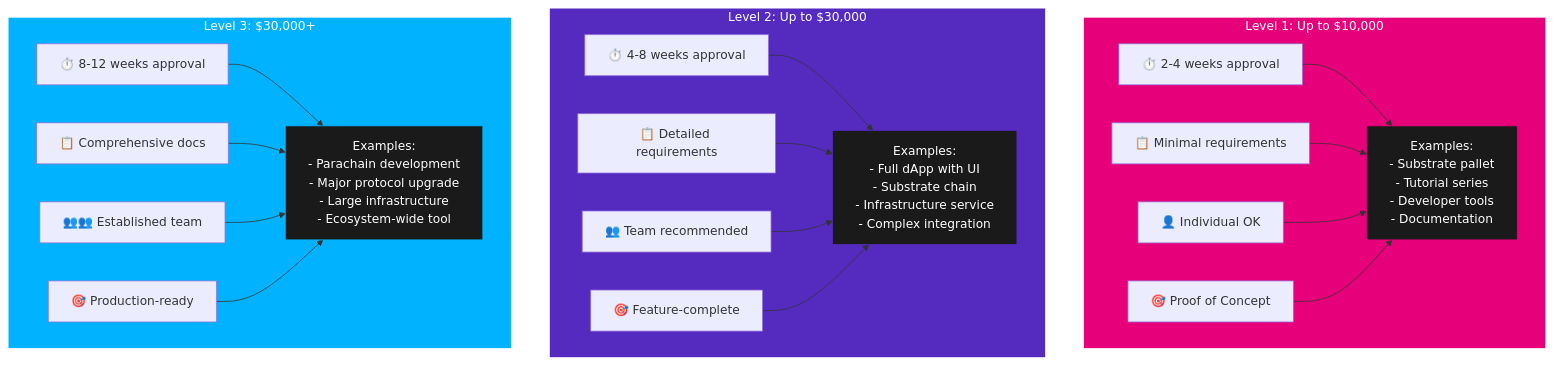
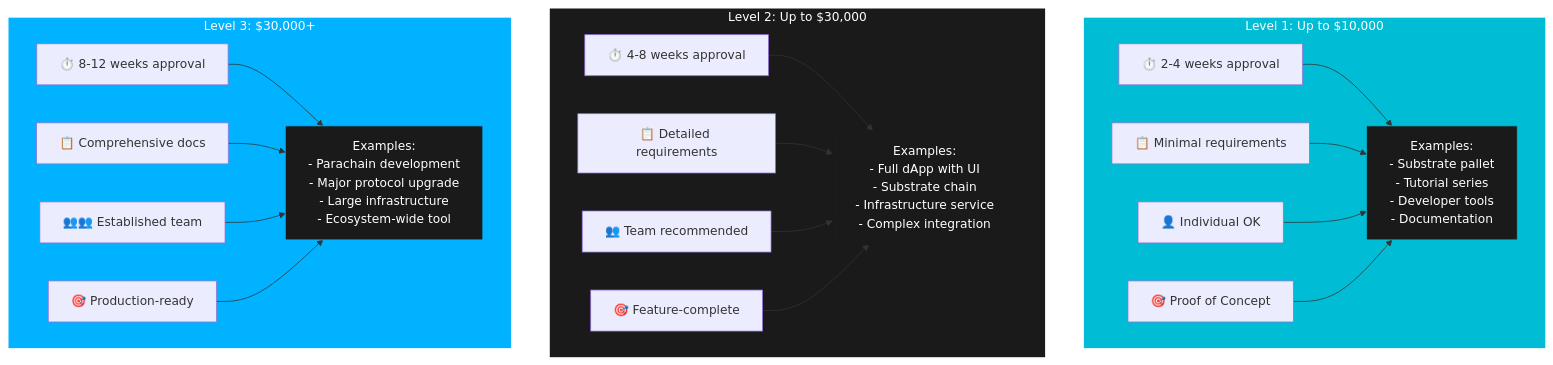
Before and after one commit to openguild-labs/polkadot-codecamp: the second of 17 diagrams in slides/polkadot-grant-ecosystem.md, drawn with Mermaid. The commit also changed other lines of this file and 6 other files, not shown here.

````diff
--- a/slides/polkadot-grant-ecosystem.md
+++ b/slides/polkadot-grant-ecosystem.md
@@ -102,51 +102,51 @@
 ```mermaid
 graph TB
     subgraph LEVEL1["Level 1: Up to $10,000"]
         L1TIME[⏱️ 2-4 weeks approval]
         L1REQ[📋 Minimal requirements]
         L1TEAM[👤 Individual OK]
         L1FOCUS[🎯 Proof of Concept]
 
         L1TIME --> L1EXAMPLES
         L1REQ --> L1EXAMPLES
         L1TEAM --> L1EXAMPLES
         L1FOCUS --> L1EXAMPLES
 
         L1EXAMPLES[Examples:<br/>- Substrate pallet<br/>- Tutorial series<br/>- Developer tools<br/>- Documentation]
     end
 
     subgraph LEVEL2["Level 2: Up to $30,000"]
         L2TIME[⏱️ 4-8 weeks approval]
         L2REQ[📋 Detailed requirements]
         L2TEAM[👥 Team recommended]
         L2FOCUS[🎯 Feature-complete]
 
         L2TIME --> L2EXAMPLES
         L2REQ --> L2EXAMPLES
         L2TEAM --> L2EXAMPLES
         L2FOCUS --> L2EXAMPLES
 
         L2EXAMPLES[Examples:<br/>- Full dApp with UI<br/>- Substrate chain<br/>- Infrastructure service<br/>- Complex integration]
     end
 
     subgraph LEVEL3["Level 3: $30,000+"]
         L3TIME[⏱️ 8-12 weeks approval]
         L3REQ[📋 Comprehensive docs]
         L3TEAM[👥👥 Established team]
         L3FOCUS[🎯 Production-ready]
 
         L3TIME --> L3EXAMPLES
         L3REQ --> L3EXAMPLES
         L3TEAM --> L3EXAMPLES
         L3FOCUS --> L3EXAMPLES
 
         L3EXAMPLES[Examples:<br/>- Parachain development<br/>- Major protocol upgrade<br/>- Large infrastructure<br/>- Ecosystem-wide tool]
     end
 
-    style LEVEL1 fill:#E6007A,stroke:#fff,color:#fff
-    style LEVEL2 fill:#552BBF,stroke:#fff,color:#fff
+    style LEVEL1 fill:#00BCD4,stroke:#fff,color:#fff
+    style LEVEL2 fill:#1a1a1a,stroke:#fff,color:#fff
     style LEVEL3 fill:#00B2FF,stroke:#fff,color:#fff
-    style L1EXAMPLES fill:#1a1a1a,stroke:#E6007A,color:#fff
-    style L2EXAMPLES fill:#1a1a1a,stroke:#552BBF,color:#fff
+    style L1EXAMPLES fill:#1a1a1a,stroke:#00BCD4,color:#fff
+    style L2EXAMPLES fill:#1a1a1a,stroke:#1a1a1a,color:#fff
     style L3EXAMPLES fill:#1a1a1a,stroke:#00B2FF,color:#fff
 ```
````
